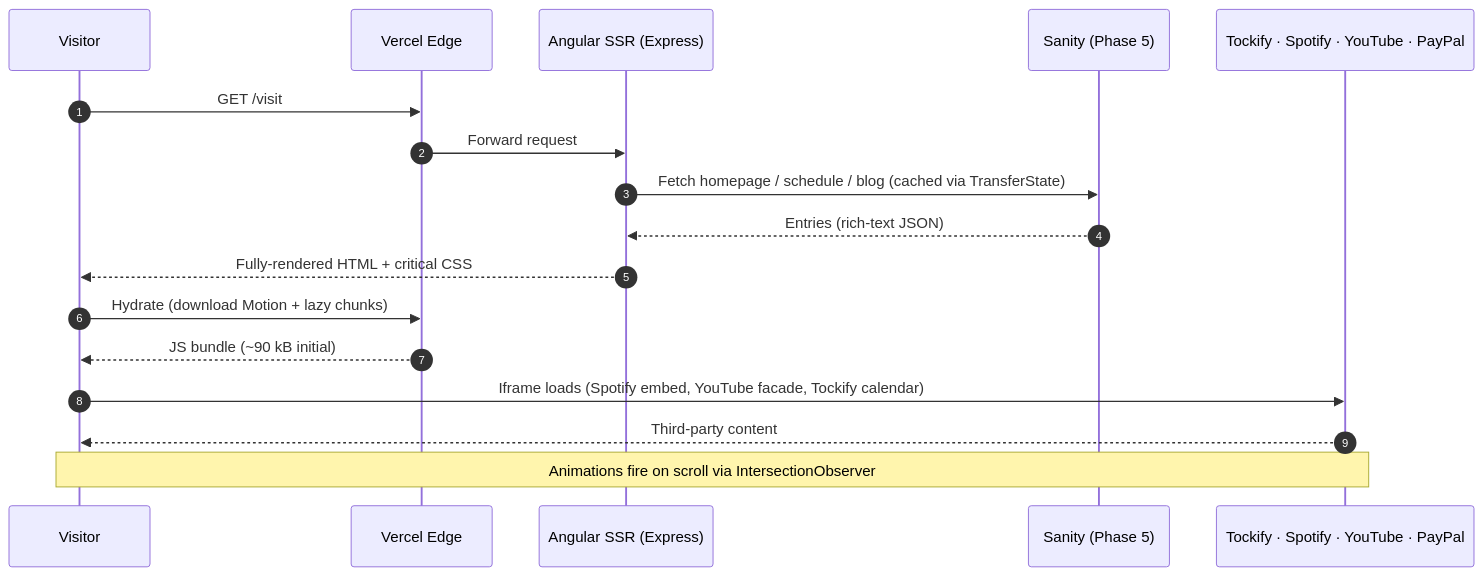
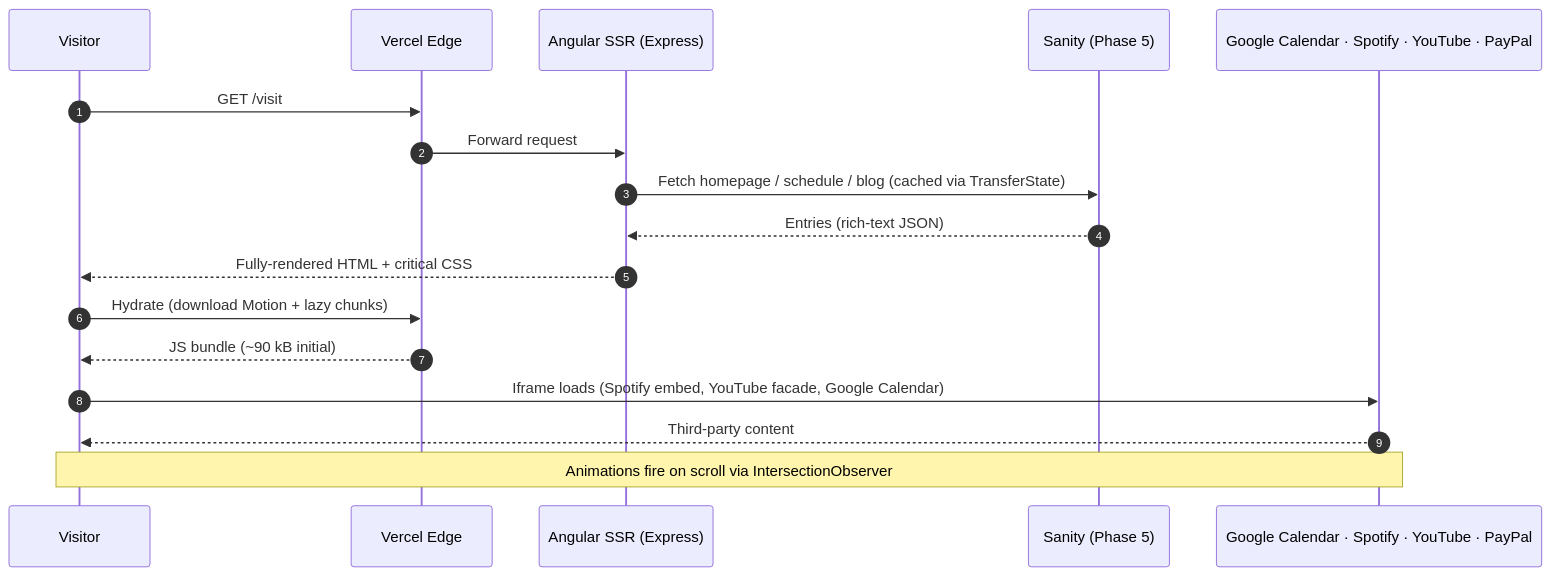
Before and after one commit to Builder106/celestial-sanctum: the diagram in README.md, drawn with Mermaid. The commit also changed other lines of this file and 6 other files, not shown here.

First line of the commit message:
Migrate /calendar from Tockify embed to Google Calendar

````diff
--- a/README.md
+++ b/README.md
@@ -18,20 +18,20 @@
 ```mermaid
 sequenceDiagram
     autonumber
     participant Visitor
     participant Vercel as Vercel Edge
     participant SSR as Angular SSR (Express)
     participant CMS as Sanity (Phase 5)
-    participant Embed as Tockify · Spotify · YouTube · PayPal
+    participant Embed as Google Calendar · Spotify · YouTube · PayPal
 
     Visitor->>Vercel: GET /visit
     Vercel->>SSR: Forward request
     SSR->>CMS: Fetch homepage / schedule / blog (cached via TransferState)
     CMS-->>SSR: Entries (rich-text JSON)
     SSR-->>Visitor: Fully-rendered HTML + critical CSS
     Visitor->>Vercel: Hydrate (download Motion + lazy chunks)
     Vercel-->>Visitor: JS bundle (~90 kB initial)
-    Visitor->>Embed: Iframe loads (Spotify embed, YouTube facade, Tockify calendar)
+    Visitor->>Embed: Iframe loads (Spotify embed, YouTube facade, Google Calendar)
     Embed-->>Visitor: Third-party content
     Note over Visitor,Embed: Animations fire on scroll via IntersectionObserver
 ```
````
